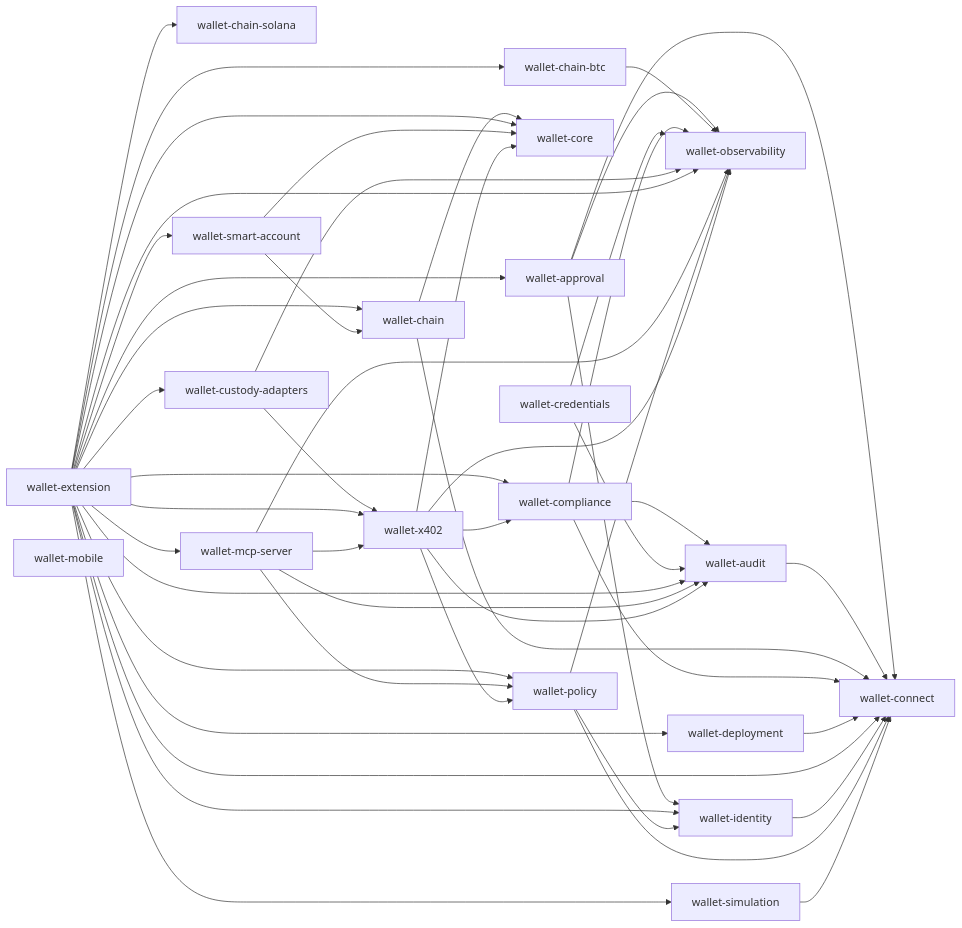
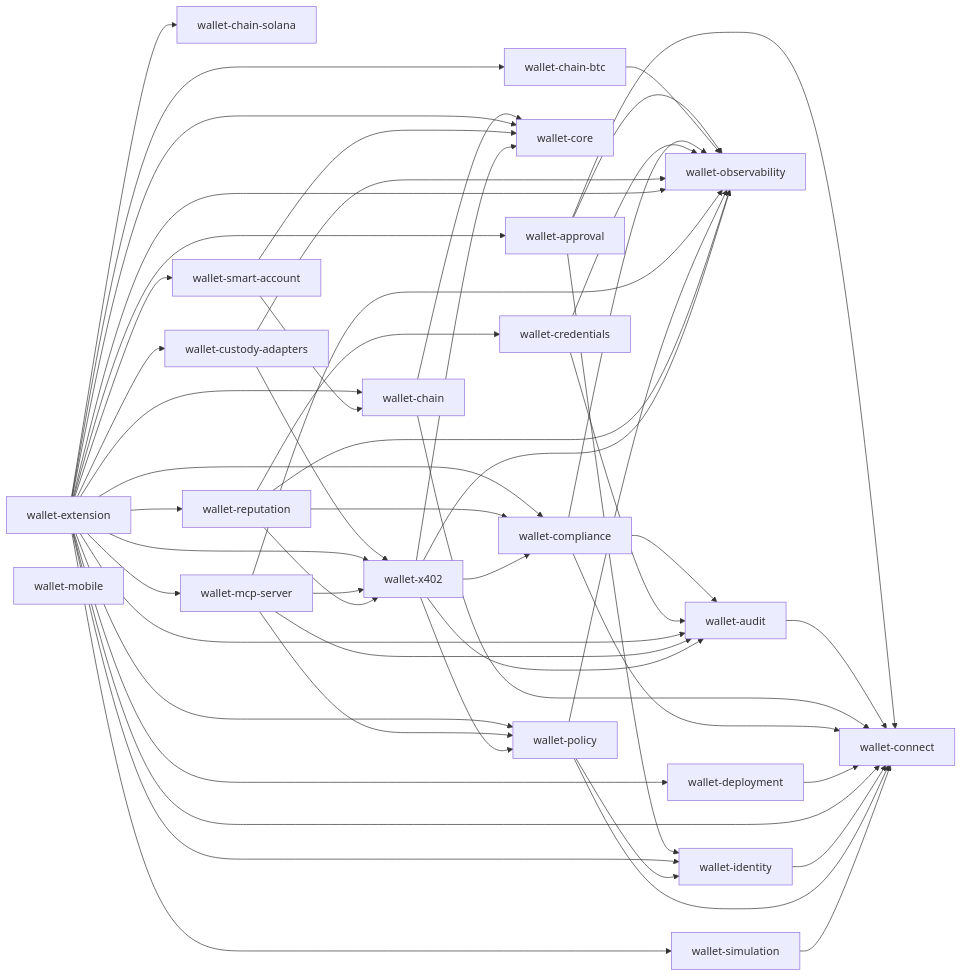
One commit to aethelred-foundation/wallet changed the diagram in reports/workspace-deps.mmd. Above: the diagram before and after it, drawn with Mermaid. The commit also changed 15 other files, not shown here.

```diff
--- a/reports/workspace-deps.mmd
+++ b/reports/workspace-deps.mmd
@@ -1,54 +1,59 @@
 flowchart LR
   wallet-approval --> wallet-connect
   wallet-approval --> wallet-identity
   wallet-approval --> wallet-observability
   wallet-audit --> wallet-connect
   wallet-chain --> wallet-connect
   wallet-chain --> wallet-core
   wallet-chain-btc --> wallet-observability
   wallet-chain-solana
   wallet-compliance --> wallet-audit
   wallet-compliance --> wallet-connect
   wallet-compliance --> wallet-observability
   wallet-connect
   wallet-core
   wallet-credentials --> wallet-audit
   wallet-credentials --> wallet-observability
   wallet-custody-adapters --> wallet-observability
   wallet-custody-adapters --> wallet-x402
   wallet-deployment --> wallet-connect
   wallet-extension --> wallet-approval
   wallet-extension --> wallet-audit
   wallet-extension --> wallet-chain
   wallet-extension --> wallet-chain-btc
   wallet-extension --> wallet-chain-solana
   wallet-extension --> wallet-compliance
   wallet-extension --> wallet-connect
   wallet-extension --> wallet-core
   wallet-extension --> wallet-custody-adapters
   wallet-extension --> wallet-deployment
   wallet-extension --> wallet-identity
   wallet-extension --> wallet-mcp-server
   wallet-extension --> wallet-observability
   wallet-extension --> wallet-policy
+  wallet-extension --> wallet-reputation
   wallet-extension --> wallet-simulation
   wallet-extension --> wallet-smart-account
   wallet-extension --> wallet-x402
   wallet-identity --> wallet-connect
   wallet-mcp-server --> wallet-audit
   wallet-mcp-server --> wallet-observability
   wallet-mcp-server --> wallet-policy
   wallet-mcp-server --> wallet-x402
   wallet-mobile
   wallet-observability
   wallet-policy --> wallet-connect
   wallet-policy --> wallet-identity
   wallet-policy --> wallet-observability
+  wallet-reputation --> wallet-compliance
+  wallet-reputation --> wallet-credentials
+  wallet-reputation --> wallet-observability
+  wallet-reputation --> wallet-x402
   wallet-simulation --> wallet-connect
   wallet-smart-account --> wallet-chain
   wallet-smart-account --> wallet-core
   wallet-x402 --> wallet-audit
   wallet-x402 --> wallet-compliance
   wallet-x402 --> wallet-core
   wallet-x402 --> wallet-observability
   wallet-x402 --> wallet-policy
```
